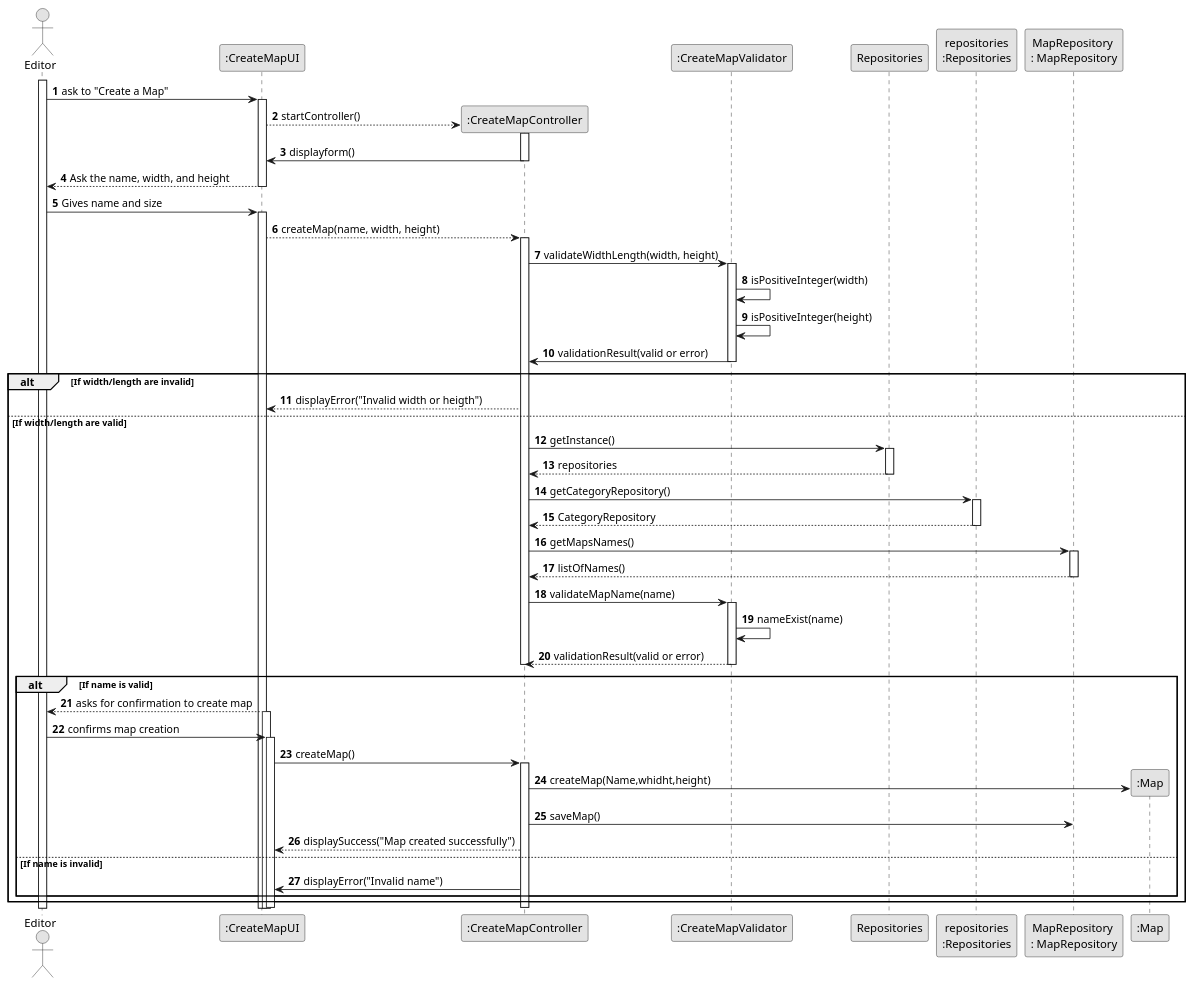
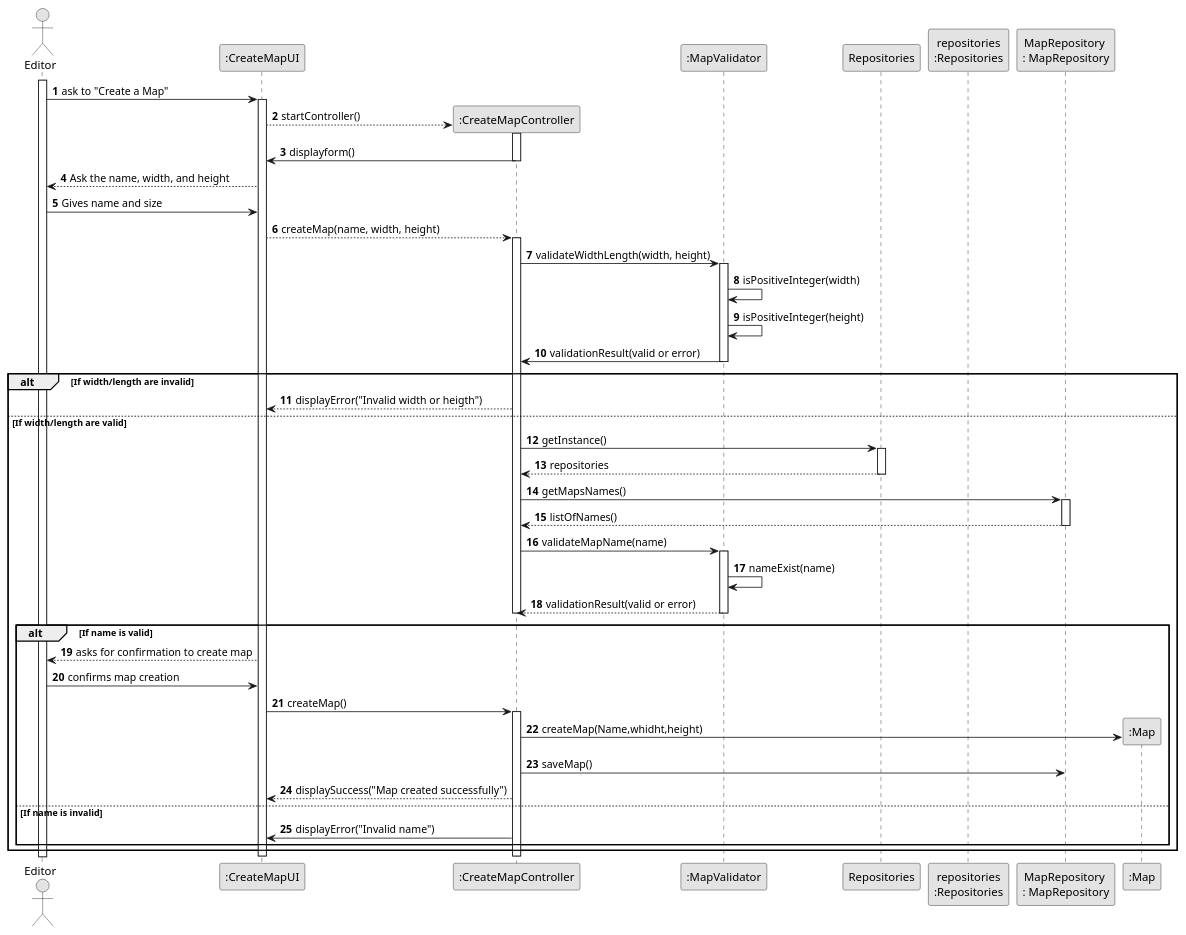
One commit to 1240826/empire-on-tracks changed the diagram in docs/system-documentation/US001/03.design/puml/US001-SD-full.puml. Above: the diagram before and after it, drawn with PlantUML. The commit also changed 3 other files, not shown here.

```diff
--- a/docs/system-documentation/US001/03.design/puml/US001-SD-full.puml
+++ b/docs/system-documentation/US001/03.design/puml/US001-SD-full.puml
@@ -1,110 +1,107 @@
 @startuml
 skinparam monochrome true
 skinparam packageStyle rectangle
 skinparam shadowing false
 
 autonumber
 
 actor "Editor" as Employee
 participant ":CreateMapUI" as UI
 participant ":CreateMapController" as Controller
-participant ":CreateMapValidator" as Validator
+participant ":MapValidator" as Validator
 participant "Repositories" as Rep
 participant "repositories\n:Repositories" as REPOS_SINGLETON
 participant "MapRepository \n: MapRepository" as Repository
 
 participant ":Map" as Map
 
 activate Employee
 
     Employee -> UI : ask to "Create a Map"
     activate UI
 
             UI --> Controller** : startController()
 
             activate Controller
 
             Controller->UI : displayform()
             deactivate Controller
 
         UI --> Employee : Ask the name, width, and height
 
 
 
 
 
-    deactivate UI
+
 
     Employee -> UI : Gives name and size
-    activate UI
+
 
         UI --> Controller  : createMap(name, width, height)
         activate Controller
 
             Controller -> Validator : validateWidthLength(width, height)
             activate Validator
 
             Validator -> Validator : isPositiveInteger(width)
             Validator -> Validator : isPositiveInteger(height)
             Validator -> Controller : validationResult(valid or error)
             deactivate Validator
 
             alt If width/length are invalid
                 Controller --> UI : displayError("Invalid width or heigth")
 
 
             else If width/length are valid
 
             Controller->Rep: getInstance()
             activate Rep
             Rep-->Controller:repositories
             deactivate Rep
-            Controller -> REPOS_SINGLETON : getCategoryRepository()
-                            activate REPOS_SINGLETON
-                                REPOS_SINGLETON --> Controller: CategoryRepository
-                            deactivate REPOS_SINGLETON
+
             Controller->Repository:getMapsNames()
             activate Repository
             Repository-->Controller:listOfNames()
             deactivate Repository
 
 
 
                 Controller -> Validator : validateMapName(name)
                 activate Validator
 
                 Validator -> Validator : nameExist(name)
                 Validator -->Controller: validationResult(valid or error)
                 deactivate Validator
                 deactivate Controller
 
                 alt If name is valid
                     UI --> Employee : asks for confirmation to create map
-                    activate UI
+
 
                     Employee -> UI : confirms map creation
-                    activate UI
+
 
                     UI -> Controller: createMap()
                     activate Controller
 
                     Controller->Map**:createMap(Name,whidht,height)
 
 
 
 
 
                             Controller -> Repository : saveMap()
                         deactivate Repository
 
 
                     Controller --> UI : displaySuccess("Map created successfully")
                 else If name is invalid
                     Controller -> UI : displayError("Invalid name")
                 end
             end
 
         deactivate Controller
     deactivate UI
 
 @enduml
```
